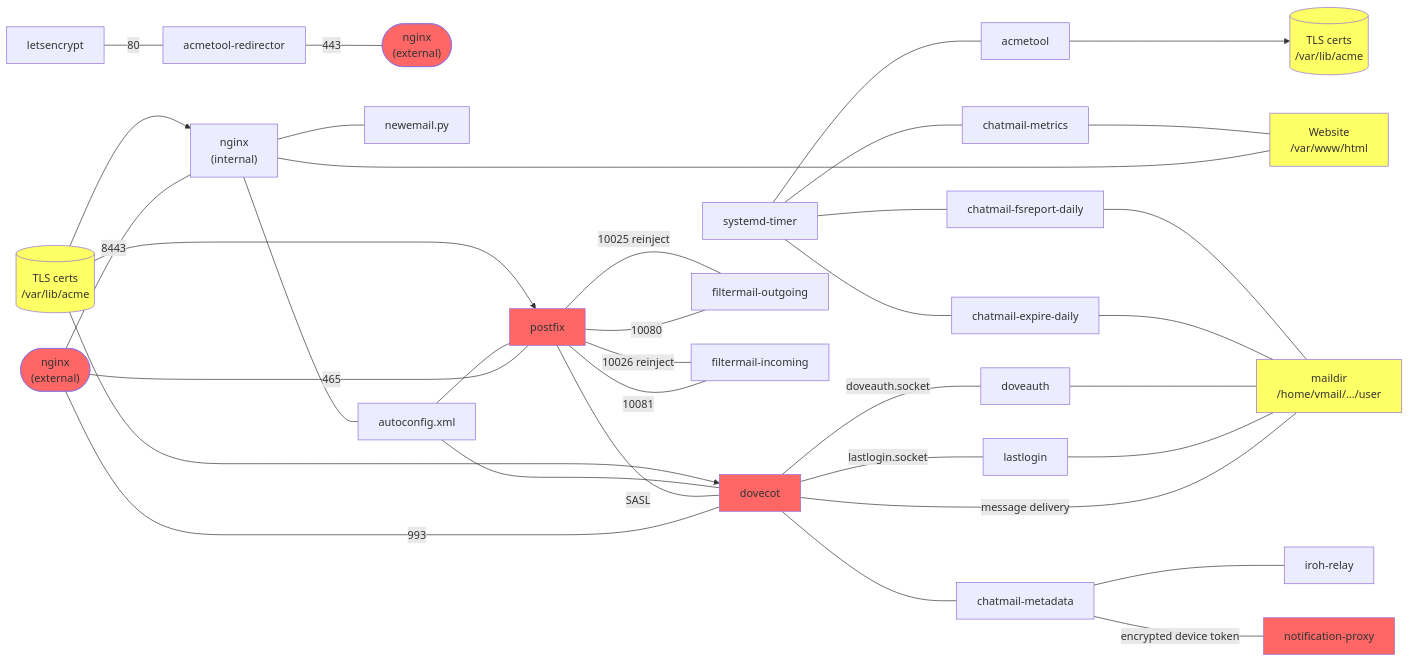
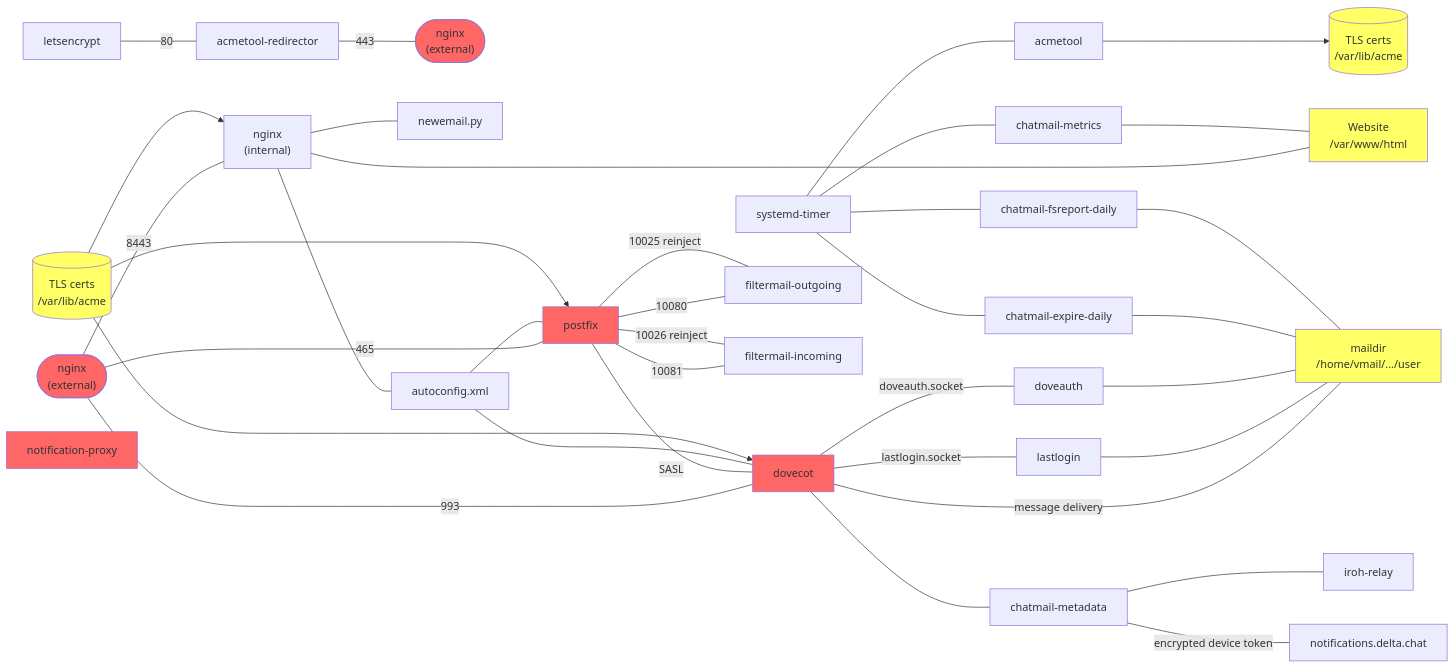
The diagram in doc/source/overview.rst (chatmail/relay), drawn with Mermaid before and after one commit.

```diff
--- a/doc/source/overview.rst
+++ b/doc/source/overview.rst
@@ -132,54 +132,54 @@
 .. mermaid::
    :caption: This diagram shows relay components and dependencies/communication paths.
 
     graph LR;
         letsencrypt --- |80|acmetool-redirector;
         acmetool-redirector --- |443|nginx-right(["`nginx
         (external)`"]);
         nginx-external --- |465|postfix;
         nginx-external(["`nginx
         (external)`"]) --- |8443|nginx-internal["`nginx
         (internal)`"];
         nginx-internal --- website["`Website
         /var/www/html`"];
         nginx-internal --- newemail.py;
         nginx-internal --- autoconfig.xml;
         certs-nginx[("`TLS certs
         /var/lib/acme`")] --> nginx-internal;
         systemd-timer --- chatmail-metrics;
         systemd-timer --- acmetool;
         systemd-timer --- chatmail-expire-daily;
         systemd-timer --- chatmail-fsreport-daily;
         chatmail-metrics --- website;
         acmetool --> certs[("`TLS certs
         /var/lib/acme`")];
         nginx-external --- |993|dovecot;
         postfix --- |SASL|dovecot;
         autoconfig.xml --- postfix;
         autoconfig.xml --- dovecot;
         postfix --- |10080|filtermail-outgoing;
         postfix --- |10081|filtermail-incoming;
         filtermail-outgoing --- |10025 reinject|postfix;
         filtermail-incoming --- |10026 reinject|postfix;
         dovecot --- |doveauth.socket|doveauth;
         dovecot --- |message delivery|maildir["maildir
         /home/vmail/.../user"];
         dovecot --- |lastlogin.socket|lastlogin;
         dovecot --- chatmail-metadata;
         lastlogin --- maildir;
         doveauth --- maildir;
         chatmail-expire-daily --- maildir;
         chatmail-fsreport-daily --- maildir;
         chatmail-metadata --- iroh-relay;
-        chatmail-metadata --- |encrypted device token| notification-proxy;
+        chatmail-metadata --- |encrypted device token| notifications.delta.chat;
         certs-nginx --> postfix;
         certs-nginx --> dovecot;
         style certs fill:#ff6;
         style website fill:#ff6;
         style maildir fill:#ff6;
         style certs-nginx fill:#ff6;
         style nginx-external fill:#f66;
         style nginx-right fill:#f66;
         style postfix fill:#f66;
         style dovecot fill:#f66;
         style notification-proxy fill:#f66;
```
